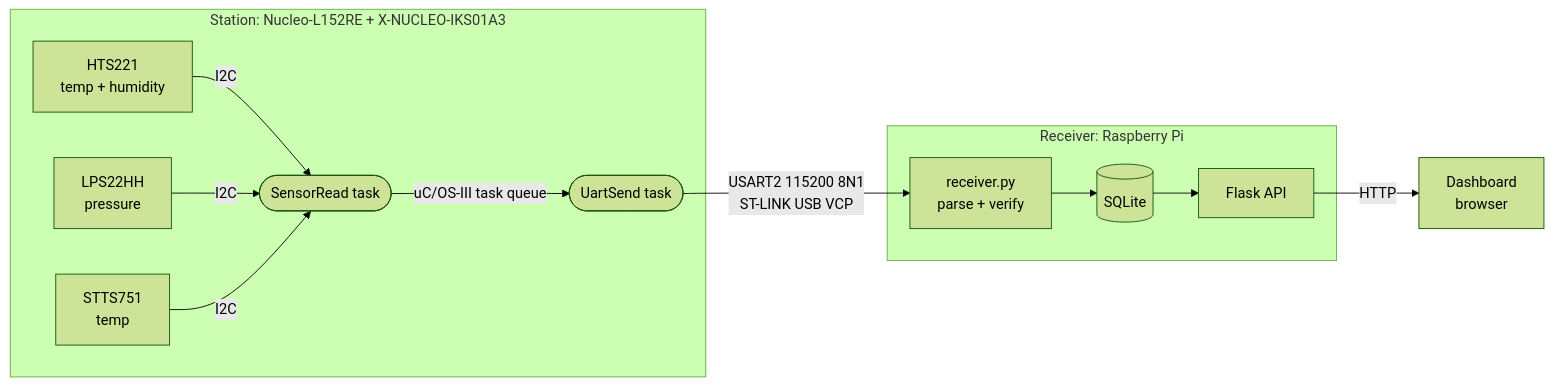
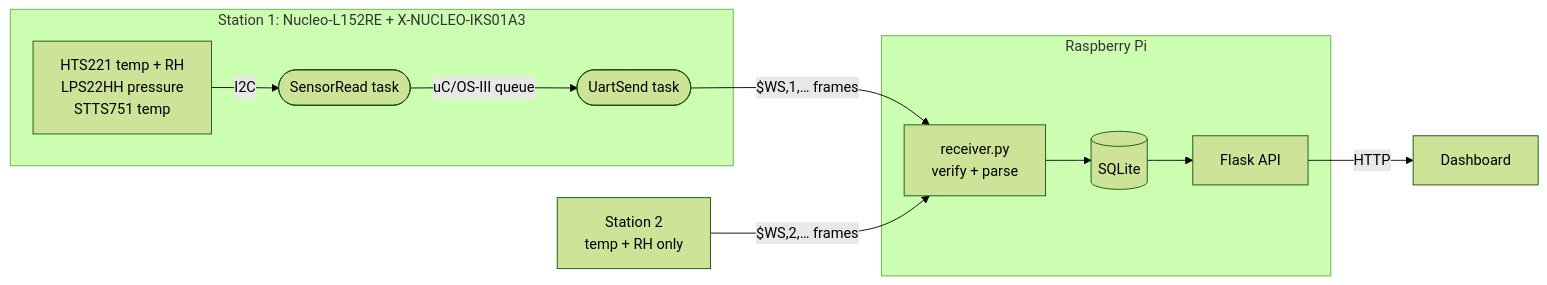
One commit to VladimirSharov/WeatherStation changed the diagram in README.md. Above: the diagram before and after it, drawn with Mermaid (forest theme). The commit also changed other lines of this file and 1 other file, not shown here.

````diff
--- a/README.md
+++ b/README.md
@@ -7,20 +11,14 @@
 ```mermaid
 flowchart LR
-    subgraph Station["Station: Nucleo-L152RE + X-NUCLEO-IKS01A3"]
-        S1[HTS221<br/>temp + humidity]
-        S2[LPS22HH<br/>pressure]
-        S3[STTS751<br/>temp]
-        T1([SensorRead task])
-        T2([UartSend task])
-        S1 & S2 & S3 -- I2C --> T1
-        T1 -- uC/OS-III task queue --> T2
+    subgraph S1["Station 1: Nucleo-L152RE + X-NUCLEO-IKS01A3"]
+        A1[HTS221 temp + RH<br/>LPS22HH pressure<br/>STTS751 temp] -- I2C --> T1([SensorRead task])
+        T1 -- uC/OS-III queue --> U1([UartSend task])
     end
-    subgraph Pi["Receiver: Raspberry Pi"]
-        R[receiver.py<br/>parse + verify]
-        DB[(SQLite)]
-        W[Flask API]
-        R --> DB --> W
+    S2["Station 2<br/>temp + RH only"]
+    subgraph Pi["Raspberry Pi"]
+        R[receiver.py<br/>verify + parse] --> DB[(SQLite)] --> W[Flask API]
     end
-    T2 -- "USART2 115200 8N1<br/>ST-LINK USB VCP" --> R
-    W -- HTTP --> B[Dashboard<br/>browser]
+    U1 -- "$WS,1,… frames" --> R
+    S2 -- "$WS,2,… frames" --> R
+    W -- HTTP --> B[Dashboard]
 ```
````
